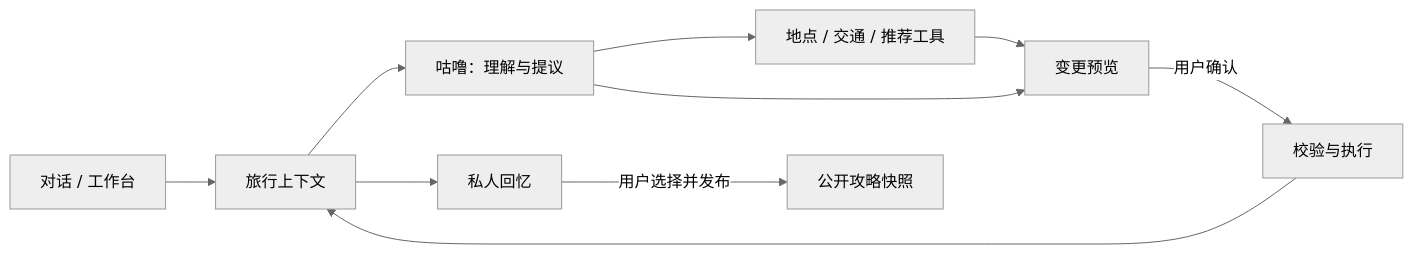
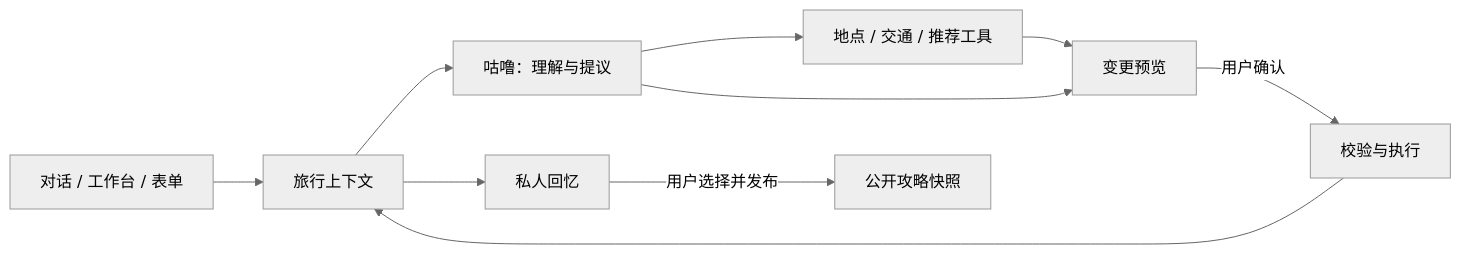
The second of 2 diagrams in docs/funny-plus-technical-architecture.md (PropersonCyber/funny-plus), drawn with Mermaid (neutral theme) before and after one commit. The commit also changed other lines of this file and 5 other files, not shown here.

````diff
--- a/docs/funny-plus-technical-architecture.md
+++ b/docs/funny-plus-technical-architecture.md
@@ -98,12 +129,12 @@
 ```mermaid
 flowchart LR
-    I[对话 / 工作台] --> C[旅行上下文]
+    I[对话 / 工作台 / 表单] --> C[旅行上下文]
     C --> A[咕噜：理解与提议]
     A --> T[地点 / 交通 / 推荐工具]
     A --> P[变更预览]
     T --> P
     P -->|用户确认| E[校验与执行]
     E --> C
     C --> M[私人回忆]
     M -->|用户选择并发布| S[公开攻略快照]
 ```
````
